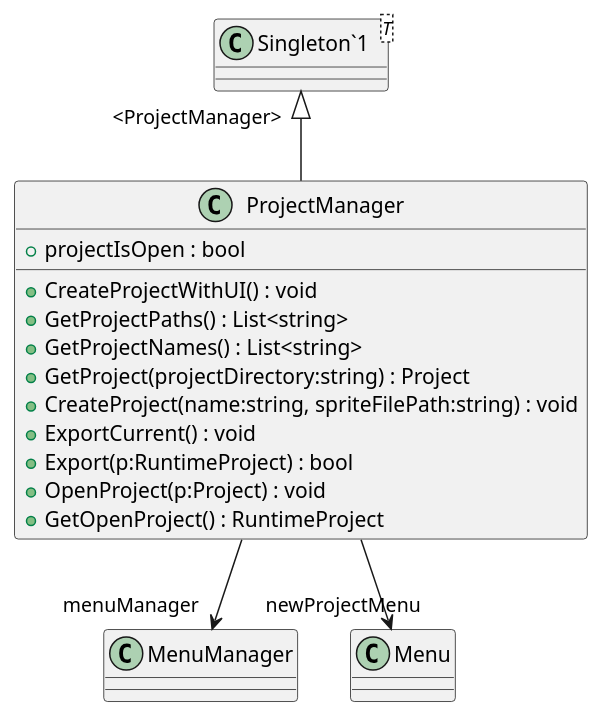
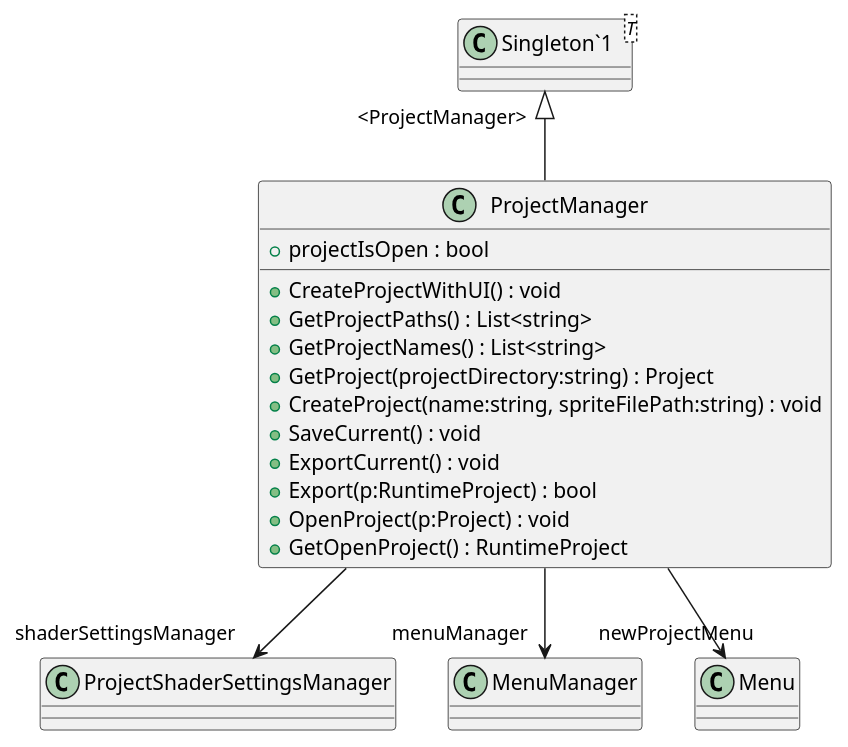
The diagram in UML/ProjectSystem/ProjectManager.puml (streepje8/ToolDev2023), drawn with PlantUML before and after one commit. The commit also changed 13 other files, not shown here.

Commit message:
Generate UML (Generate UML)

```diff
--- a/UML/ProjectSystem/ProjectManager.puml
+++ b/UML/ProjectSystem/ProjectManager.puml
@@ -1,19 +1,21 @@
 @startuml
 class ProjectManager {
     + projectIsOpen : bool
     + CreateProjectWithUI() : void
     + GetProjectPaths() : List<string>
     + GetProjectNames() : List<string>
     + GetProject(projectDirectory:string) : Project
     + CreateProject(name:string, spriteFilePath:string) : void
+    + SaveCurrent() : void
     + ExportCurrent() : void
     + Export(p:RuntimeProject) : bool
     + OpenProject(p:Project) : void
     + GetOpenProject() : RuntimeProject
 }
 class "Singleton`1"<T> {
 }
 "Singleton`1" "<ProjectManager>" <|-- ProjectManager
+ProjectManager --> "shaderSettingsManager" ProjectShaderSettingsManager
 ProjectManager --> "menuManager" MenuManager
 ProjectManager --> "newProjectMenu" Menu
 @enduml
```
